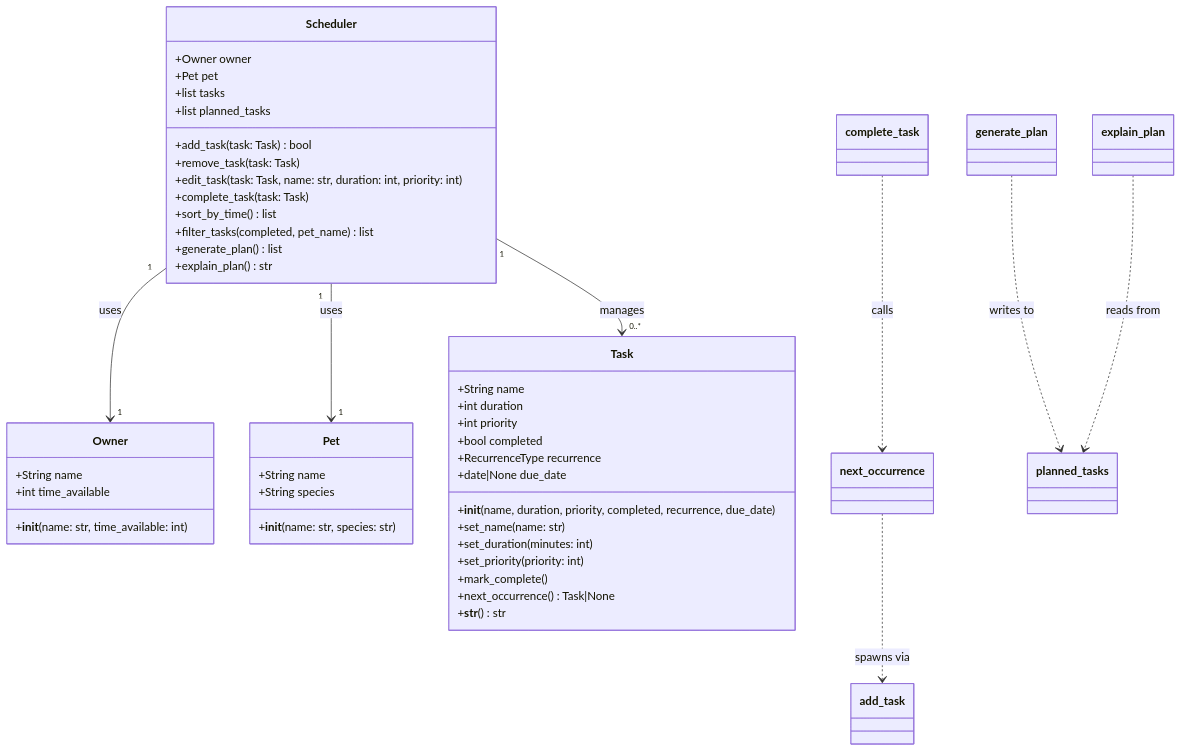
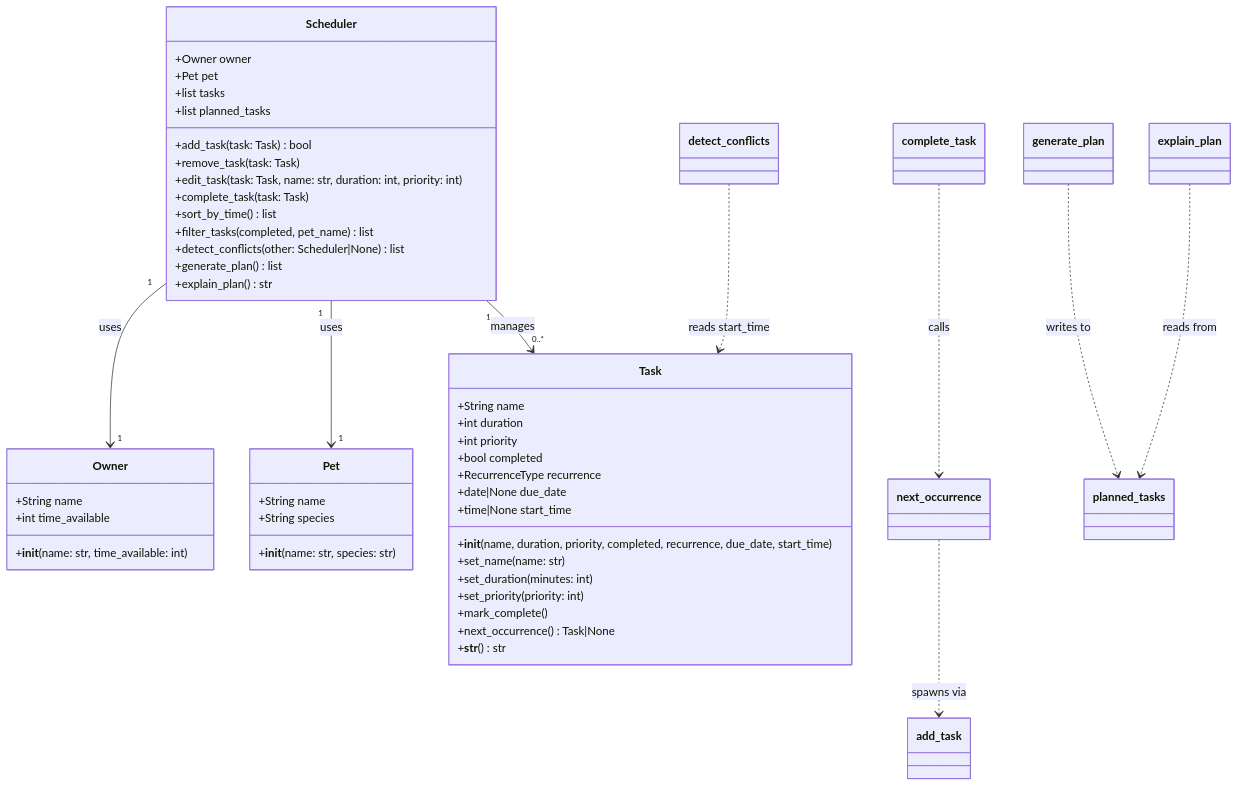
The diagram in current_design.md (gbw30/ai110-module2show-pawpal-starter), drawn with Mermaid before and after one commit. The commit also changed other lines of this file and 5 other files, not shown here.

````diff
--- a/current_design.md
+++ b/current_design.md
@@ -5,53 +5,56 @@
 ```mermaid
 classDiagram
     class Owner {
         +String name
         +int time_available
         +__init__(name: str, time_available: int)
     }
 
     class Pet {
         +String name
         +String species
         +__init__(name: str, species: str)
     }
 
     class Task {
         +String name
         +int duration
         +int priority
         +bool completed
         +RecurrenceType recurrence
         +date|None due_date
-        +__init__(name, duration, priority, completed, recurrence, due_date)
+        +time|None start_time
+        +__init__(name, duration, priority, completed, recurrence, due_date, start_time)
         +set_name(name: str)
         +set_duration(minutes: int)
         +set_priority(priority: int)
         +mark_complete()
         +next_occurrence() Task|None
         +__str__() str
     }
 
     class Scheduler {
         +Owner owner
         +Pet pet
         +list tasks
         +list planned_tasks
         +add_task(task: Task) bool
         +remove_task(task: Task)
         +edit_task(task: Task, name: str, duration: int, priority: int)
         +complete_task(task: Task)
         +sort_by_time() list
         +filter_tasks(completed, pet_name) list
+        +detect_conflicts(other: Scheduler|None) list
         +generate_plan() list
         +explain_plan() str
     }
 
     Scheduler "1" --> "1" Owner : uses
     Scheduler "1" --> "1" Pet : uses
     Scheduler "1" --> "0..*" Task : manages
     complete_task ..> next_occurrence : calls
     next_occurrence ..> add_task : spawns via
     generate_plan ..> planned_tasks : writes to
     explain_plan ..> planned_tasks : reads from
+    detect_conflicts ..> Task : reads start_time
 ```
````
